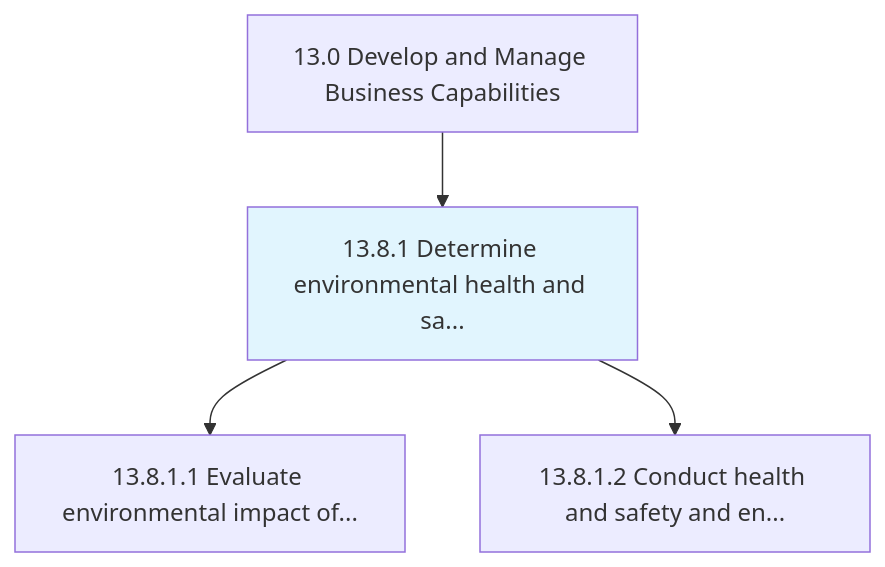
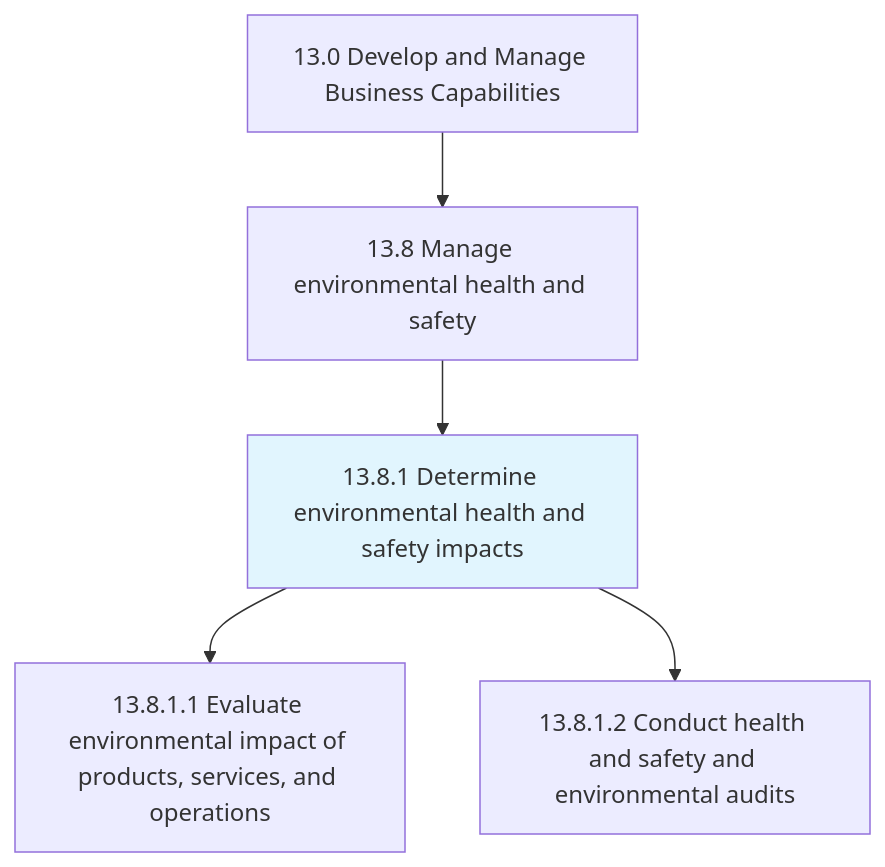
The first of 2 diagrams in processes/13-Capabilities/13.8.1-DetermineEnvironmentalHealthSafety/index.mdx (kziemski/business.org.ai), drawn with Mermaid before and after one commit. The commit also changed other lines of this file and 885 other files, not shown here.

````diff
--- a/processes/13-Capabilities/13.8.1-DetermineEnvironmentalHealthSafety/index.mdx
+++ b/processes/13-Capabilities/13.8.1-DetermineEnvironmentalHealthSafety/index.mdx
@@ -25,8 +27,9 @@
 ```mermaid
 graph TD
     C13["13.0 Develop and Manage Business Capabilities"]
-    C13 --> N13_8_1["13.8.1 Determine environmental health and sa..."]
+    C13 --> N13_8["13.8 Manage environmental health and safety"]
+    N13_8 --> N13_8_1["13.8.1 Determine environmental health and safety impacts"]
     style N13_8_1 fill:#e1f5fe
-    N13_8_1 --> N13_8_1_1["13.8.1.1 Evaluate environmental impact of..."]
-    N13_8_1 --> N13_8_1_2["13.8.1.2 Conduct health and safety and en..."]
+    N13_8_1 --> N13_8_1_1["13.8.1.1 Evaluate environmental impact of products, services, and operations"]
+    N13_8_1 --> N13_8_1_2["13.8.1.2 Conduct health and safety and environmental audits"]
 ```
````
